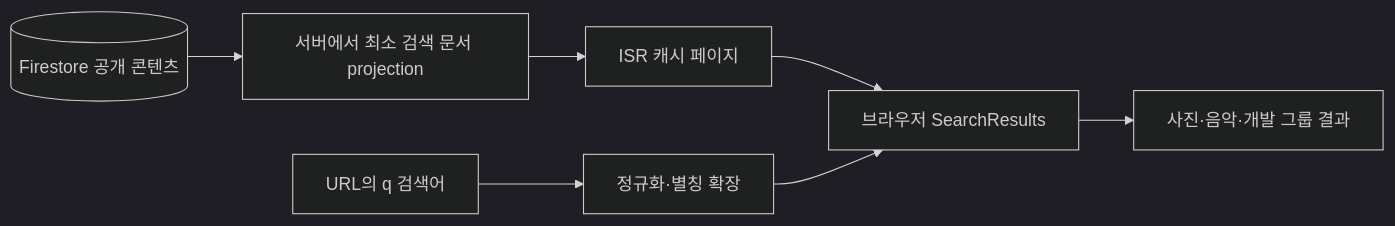
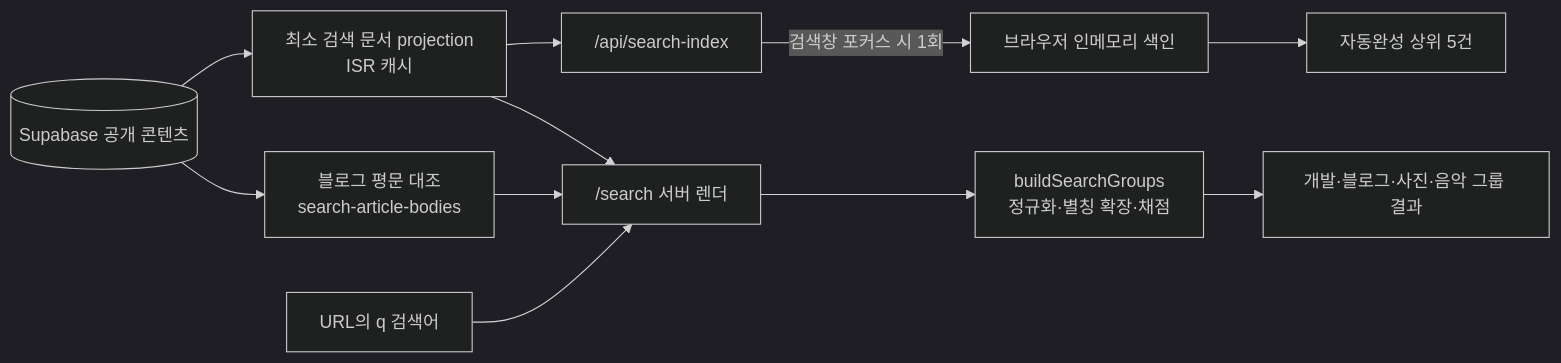
The fifth of 5 diagrams in docs/troubleshooting/chatbot-search-architecture.md (SJLee-0525/aperture), drawn with Mermaid (dark theme) before and after one commit. The commit also changed other lines of this file and 1 other file, not shown here.

````diff
--- a/docs/troubleshooting/chatbot-search-architecture.md
+++ b/docs/troubleshooting/chatbot-search-architecture.md
@@ -357,9 +363,15 @@
 ```mermaid
 flowchart LR
-    F[(Firestore 공개 콘텐츠)] --> P[서버에서 최소 검색 문서 projection]
-    P --> ISR[ISR 캐시 페이지]
-    ISR --> B[브라우저 SearchResults]
-    Q[URL의 q 검색어] --> A[정규화·별칭 확장]
-    A --> B
-    B --> R[사진·음악·개발 그룹 결과]
+    F[(Supabase 공개 콘텐츠)] --> P[최소 검색 문서 projection<br/>ISR 캐시]
+
+    P --> IDX["/api/search-index"]
+    IDX -->|검색창 포커스 시 1회| MEM[브라우저 인메모리 색인]
+    MEM --> AC[자동완성 상위 5건]
+
+    P --> SR["/search 서버 렌더"]
+    F --> BODY[블로그 평문 대조<br/>search-article-bodies]
+    BODY --> SR
+    Q[URL의 q 검색어] --> SR
+    SR --> G[buildSearchGroups<br/>정규화·별칭 확장·채점]
+    G --> R[개발·블로그·사진·음악 그룹 결과]
 ```
````
